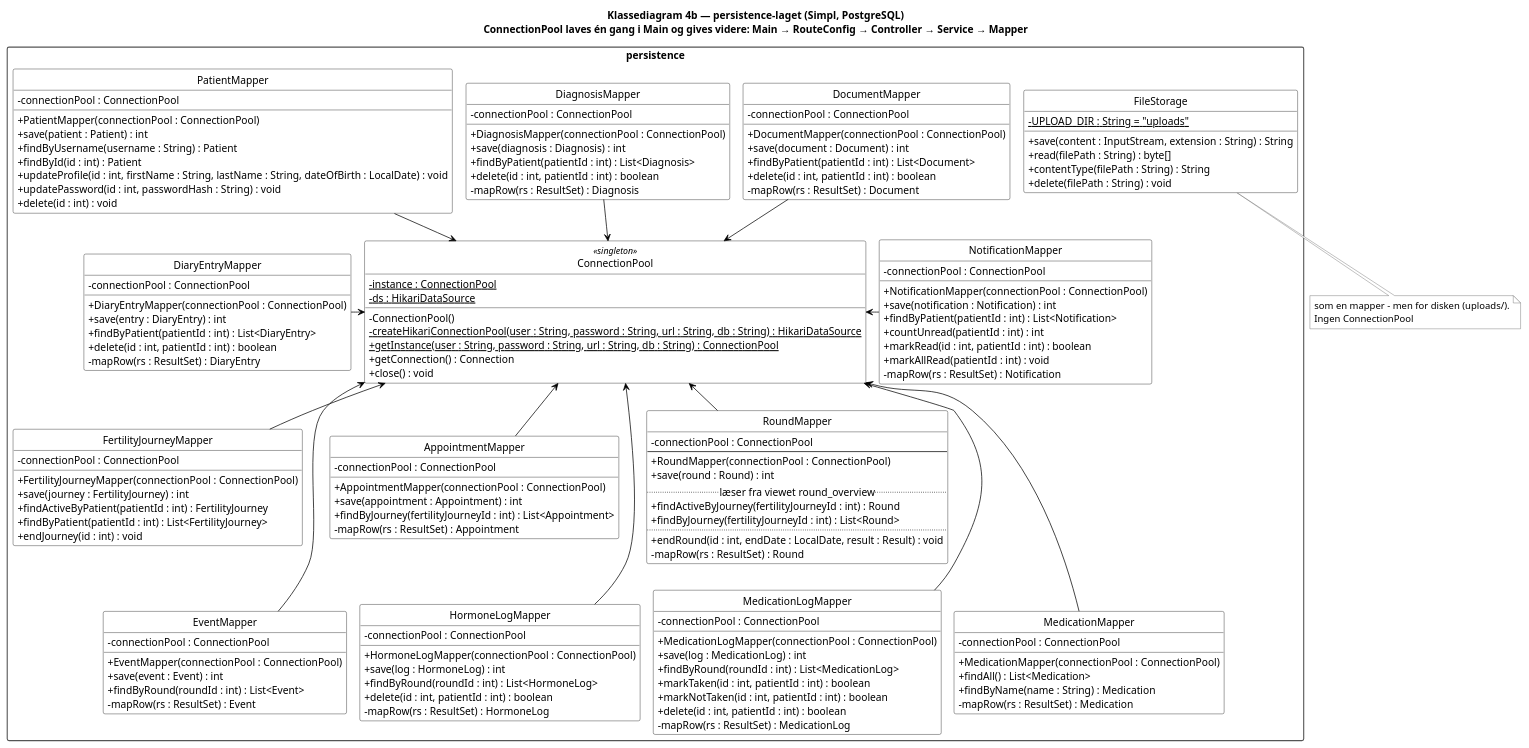
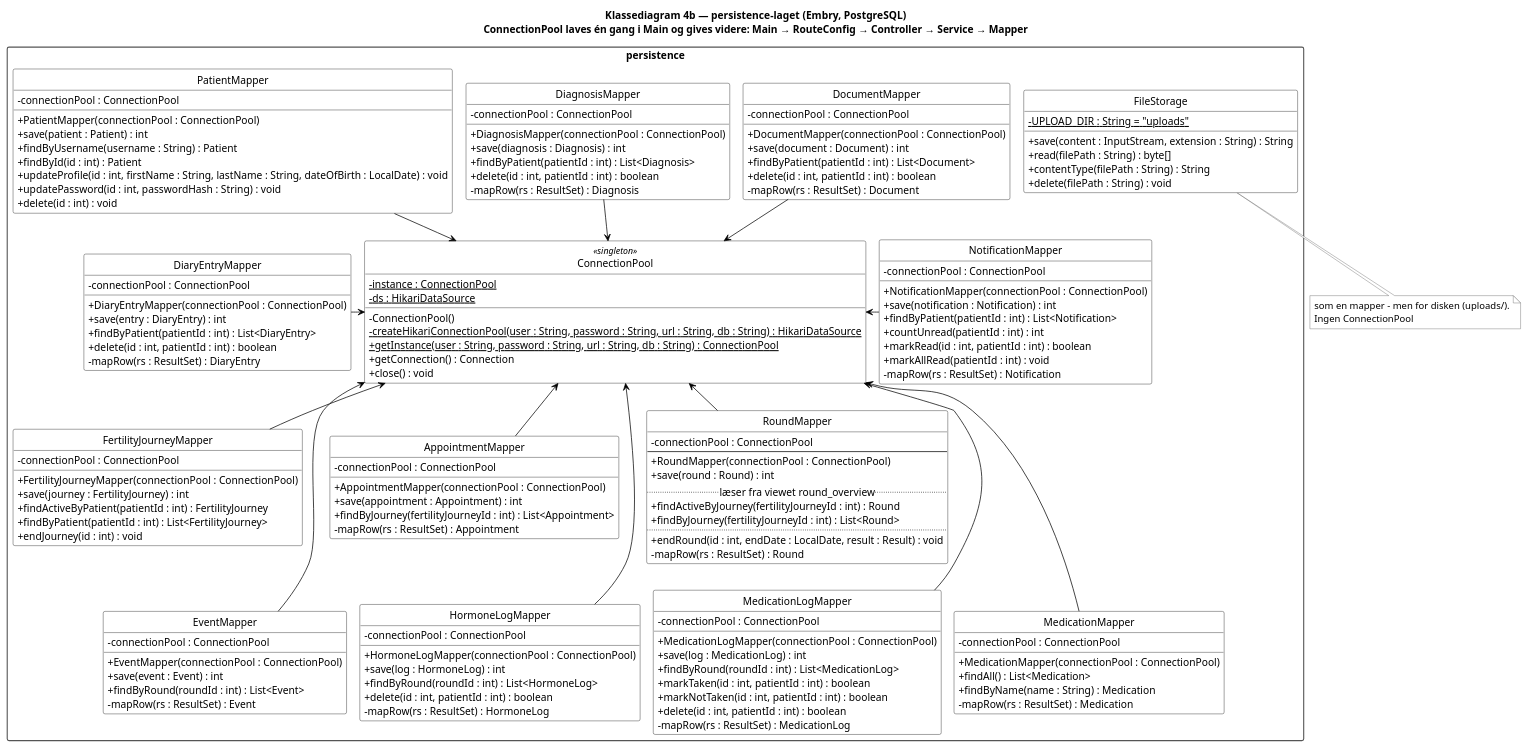
The diagram in doc/static/Klassediagram4b.puml (BesimaP/Simpl-PET-project), drawn with PlantUML before and after one commit. The commit also changed 44 other files, not shown here.

First line of the commit message:
Omdøb Simpl til Embry

```diff
--- a/doc/static/Klassediagram4b.puml
+++ b/doc/static/Klassediagram4b.puml
@@ -1,194 +1,194 @@
 @startuml
 !pragma layout smetana
 
 skinparam shadowing false
 skinparam classAttributeIconSize 0
 skinparam classBackgroundColor white
 skinparam classBorderColor black
 skinparam classHeaderBackgroundColor white
 skinparam packageBackgroundColor white
 skinparam packageBorderColor #555555
 skinparam packageStyle rectangle
 skinparam noteBackgroundColor white
 skinparam noteBorderColor #555555
 skinparam ArrowColor black
 skinparam enumBackgroundColor white
 skinparam enumBorderColor black
 hide circle
 
-title Klassediagram 4b — persistence-laget (Simpl, PostgreSQL)\nConnectionPool laves én gang i Main og gives videre: Main → RouteConfig → Controller → Service → Mapper
+title Klassediagram 4b — persistence-laget (Embry, PostgreSQL)\nConnectionPool laves én gang i Main og gives videre: Main → RouteConfig → Controller → Service → Mapper
 
 package "persistence" {
 
   class ConnectionPool <<singleton>> {
     - {static} instance : ConnectionPool
     - {static} ds : HikariDataSource
     - ConnectionPool()
     - {static} createHikariConnectionPool(user : String, password : String, url : String, db : String) : HikariDataSource
     + {static} getInstance(user : String, password : String, url : String, db : String) : ConnectionPool
     + getConnection() : Connection
     + close() : void
   }
 
   class PatientMapper {
     - connectionPool : ConnectionPool
     + PatientMapper(connectionPool : ConnectionPool)
     + save(patient : Patient) : int
     + findByUsername(username : String) : Patient
     + findById(id : int) : Patient
     + updateProfile(id : int, firstName : String, lastName : String, dateOfBirth : LocalDate) : void
     + updatePassword(id : int, passwordHash : String) : void
     + delete(id : int) : void
   }
 
   class DiagnosisMapper {
     - connectionPool : ConnectionPool
     + DiagnosisMapper(connectionPool : ConnectionPool)
     + save(diagnosis : Diagnosis) : int
     + findByPatient(patientId : int) : List<Diagnosis>
     + delete(id : int, patientId : int) : boolean
     - mapRow(rs : ResultSet) : Diagnosis
   }
 
   class DocumentMapper {
     - connectionPool : ConnectionPool
     + DocumentMapper(connectionPool : ConnectionPool)
     + save(document : Document) : int
     + findByPatient(patientId : int) : List<Document>
     + delete(id : int, patientId : int) : boolean
     - mapRow(rs : ResultSet) : Document
   }
 
   class FileStorage {
     - {static} UPLOAD_DIR : String = "uploads"
     + save(content : InputStream, extension : String) : String
     + read(filePath : String) : byte[]
     + contentType(filePath : String) : String
     + delete(filePath : String) : void
   }
 
   class DiaryEntryMapper {
     - connectionPool : ConnectionPool
     + DiaryEntryMapper(connectionPool : ConnectionPool)
     + save(entry : DiaryEntry) : int
     + findByPatient(patientId : int) : List<DiaryEntry>
     + delete(id : int, patientId : int) : boolean
     - mapRow(rs : ResultSet) : DiaryEntry
   }
 
   class NotificationMapper {
     - connectionPool : ConnectionPool
     + NotificationMapper(connectionPool : ConnectionPool)
     + save(notification : Notification) : int
     + findByPatient(patientId : int) : List<Notification>
     + countUnread(patientId : int) : int
     + markRead(id : int, patientId : int) : boolean
     + markAllRead(patientId : int) : void
     - mapRow(rs : ResultSet) : Notification
   }
 
   class FertilityJourneyMapper {
     - connectionPool : ConnectionPool
     + FertilityJourneyMapper(connectionPool : ConnectionPool)
     + save(journey : FertilityJourney) : int
     + findActiveByPatient(patientId : int) : FertilityJourney
     + findByPatient(patientId : int) : List<FertilityJourney>
     + endJourney(id : int) : void
   }
 
   class AppointmentMapper {
     - connectionPool : ConnectionPool
     + AppointmentMapper(connectionPool : ConnectionPool)
     + save(appointment : Appointment) : int
     + findByJourney(fertilityJourneyId : int) : List<Appointment>
     - mapRow(rs : ResultSet) : Appointment
   }
 
   class RoundMapper {
     - connectionPool : ConnectionPool
     --
     + RoundMapper(connectionPool : ConnectionPool)
     + save(round : Round) : int
     .. læser fra viewet round_overview ..
     + findActiveByJourney(fertilityJourneyId : int) : Round
     + findByJourney(fertilityJourneyId : int) : List<Round>
     ..
     + endRound(id : int, endDate : LocalDate, result : Result) : void
     - mapRow(rs : ResultSet) : Round
   }
 
   class EventMapper {
     - connectionPool : ConnectionPool
     + EventMapper(connectionPool : ConnectionPool)
     + save(event : Event) : int
     + findByRound(roundId : int) : List<Event>
     - mapRow(rs : ResultSet) : Event
   }
 
   class HormoneLogMapper {
     - connectionPool : ConnectionPool
     + HormoneLogMapper(connectionPool : ConnectionPool)
     + save(log : HormoneLog) : int
     + findByRound(roundId : int) : List<HormoneLog>
     + delete(id : int, patientId : int) : boolean
     - mapRow(rs : ResultSet) : HormoneLog
   }
 
   class MedicationMapper {
     - connectionPool : ConnectionPool
     + MedicationMapper(connectionPool : ConnectionPool)
     + findAll() : List<Medication>
     + findByName(name : String) : Medication
     - mapRow(rs : ResultSet) : Medication
   }
 
   class MedicationLogMapper {
     - connectionPool : ConnectionPool
     + MedicationLogMapper(connectionPool : ConnectionPool)
     + save(log : MedicationLog) : int
     + findByRound(roundId : int) : List<MedicationLog>
     + markTaken(id : int, patientId : int) : boolean
     + markNotTaken(id : int, patientId : int) : boolean
     + delete(id : int, patientId : int) : boolean
     - mapRow(rs : ResultSet) : MedicationLog
   }
 }
 
 ' Hver mapper får nøgleringen (ConnectionPool) i konstruktøren og låner en Connection pr. SQL-kald
 ' Retningen (-down-, -up- …) og de usynlige streger bestemmer kun placeringen (gitter rundt om ConnectionPool)
 
 ' række 1: patientens egne data
 PatientMapper -down-> ConnectionPool
 DiagnosisMapper -down-> ConnectionPool
 DocumentMapper -down-> ConnectionPool
 PatientMapper -[hidden]right- DiagnosisMapper
 DiagnosisMapper -[hidden]right- DocumentMapper
 DocumentMapper -[hidden]right- FileStorage
 note bottom of FileStorage : som en mapper – men for disken (uploads/).\nIngen ConnectionPool
 
 ' række 2: ConnectionPool i midten
 DiaryEntryMapper -right-> ConnectionPool
 NotificationMapper -left-> ConnectionPool
 
 ' række 3: forløb og runde
 FertilityJourneyMapper -up-> ConnectionPool
 AppointmentMapper -up-> ConnectionPool
 RoundMapper -up-> ConnectionPool
 FertilityJourneyMapper -[hidden]right- AppointmentMapper
 AppointmentMapper -[hidden]right- RoundMapper
 
 ' række 4: det, der hører til en runde
 EventMapper -up-> ConnectionPool
 HormoneLogMapper -up-> ConnectionPool
 MedicationLogMapper -up-> ConnectionPool
 MedicationMapper -up-> ConnectionPool
 FertilityJourneyMapper -[hidden]down- EventMapper
 AppointmentMapper -[hidden]down- HormoneLogMapper
 RoundMapper -[hidden]down- MedicationLogMapper
 EventMapper -[hidden]right- HormoneLogMapper
 HormoneLogMapper -[hidden]right- MedicationLogMapper
 MedicationLogMapper -[hidden]right- MedicationMapper
 
 ' round_overview = view i schema_postgres.sql (runde + navnene på behandlingstype og resultat)
 
 @enduml
```
